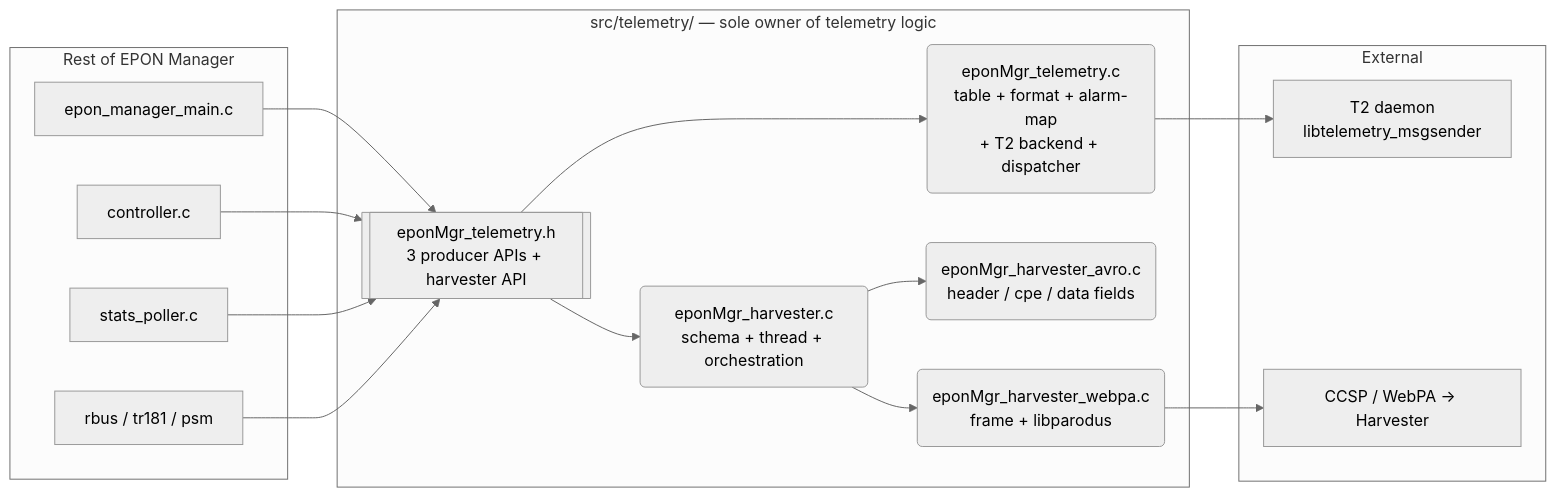
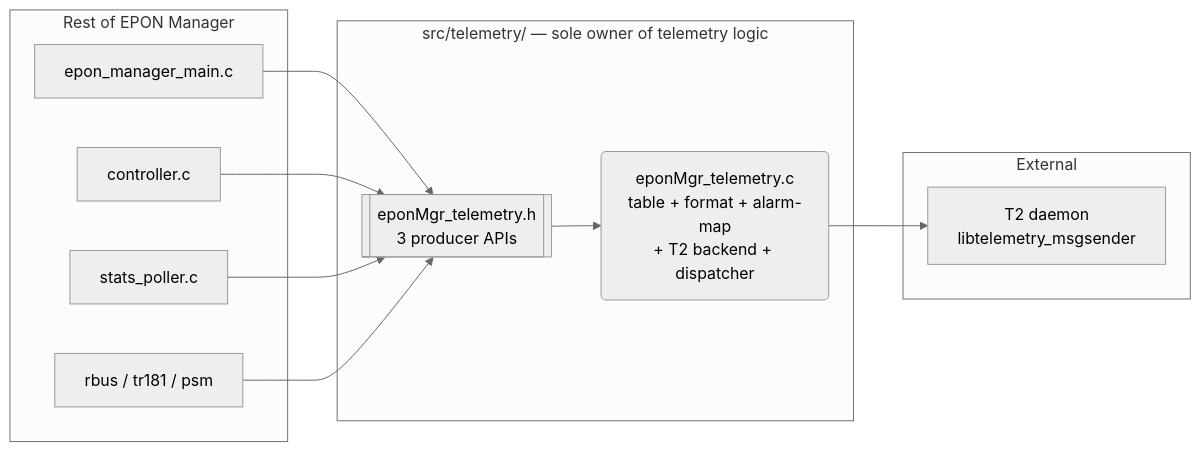
Before and after one commit to rdkcentral/epon-manager: the first of 6 diagrams in design_docs/08_Telemetry_Design.md, drawn with Mermaid (neutral theme). The commit also changed other lines of this file and 16 other files, not shown here.

First line of the commit message:
telemetry: remove harvester (Avro report) from scope

````diff
--- a/design_docs/08_Telemetry_Design.md
+++ b/design_docs/08_Telemetry_Design.md
@@ -26,35 +21,26 @@
 ```mermaid
 flowchart LR
     subgraph caller [Rest of EPON Manager]
         MAIN[epon_manager_main.c]
         CTRL[controller.c]
         SP[stats_poller.c]
         RB[rbus / tr181 / psm]
     end
 
-    subgraph telem [src/telemetry/  &mdash; sole owner of telemetry logic]
-        API[[eponMgr_telemetry.h<br/>3 producer APIs + harvester API]]
+    subgraph telem [src/telemetry/  — sole owner of telemetry logic]
+        API[[eponMgr_telemetry.h<br/>3 producer APIs]]
         TELEM(eponMgr_telemetry.c<br/>table + format + alarm-map<br/>+ T2 backend + dispatcher)
-        HARV(eponMgr_harvester.c<br/>schema + thread + orchestration)
-        HAVRO(eponMgr_harvester_avro.c<br/>header / cpe / data fields)
-        HWPA(eponMgr_harvester_webpa.c<br/>frame + libparodus)
     end
 
     subgraph ext [External]
         T2[T2 daemon<br/>libtelemetry_msgsender]
-        WEBPA[CCSP / WebPA &rarr; Harvester]
     end
 
     MAIN --> API
     CTRL --> API
     SP   --> API
     RB   --> API
 
     API --> TELEM
     TELEM --> T2
-
-    API --> HARV
-    HARV --> HAVRO
-    HARV --> HWPA
-    HWPA --> WEBPA
 ```
````
